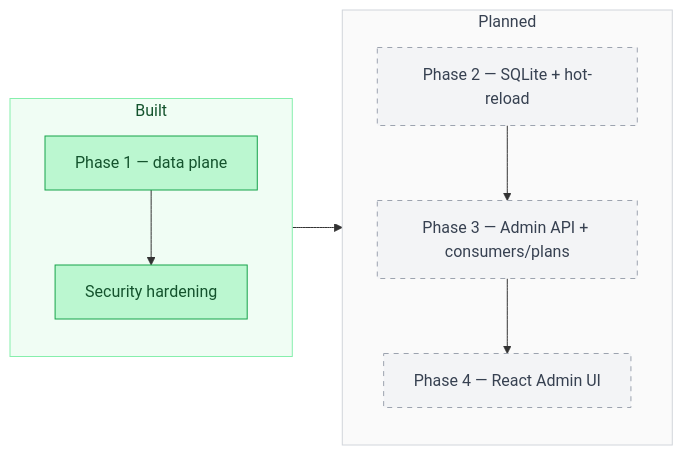
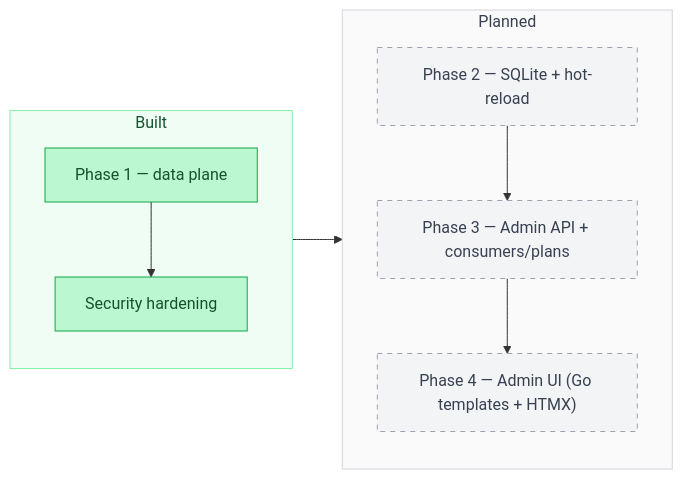
Diagram 16 of 16 in docs/architecture.md (mohabnazmy/API-Gateway), drawn with Mermaid before and after one commit. The commit also changed other lines of this file and 2 other files, not shown here.

First line of the commit message:
docs: admin UI is Go html/template + HTMX (not React)

````diff
--- a/docs/architecture.md
+++ b/docs/architecture.md
@@ -501,22 +501,22 @@
 ```mermaid
 flowchart LR
     subgraph done["Built"]
         direction TB
         p1["Phase 1 — data plane"]:::ok
         sec["Security hardening"]:::ok
         p1 --> sec
     end
     subgraph next["Planned"]
         direction TB
         p2["Phase 2 — SQLite + hot-reload"]:::planned
         p3["Phase 3 — Admin API + consumers/plans"]:::planned
-        p4["Phase 4 — React Admin UI"]:::planned
+        p4["Phase 4 — Admin UI (Go templates + HTMX)"]:::planned
         p2 --> p3 --> p4
     end
     sec --> p2
 
     classDef ok fill:#bbf7d0,stroke:#16a34a,color:#14532d;
     classDef planned fill:#f3f4f6,stroke:#9ca3af,color:#374151,stroke-dasharray:5 5;
     style done fill:#f0fdf4,stroke:#86efac,color:#14532d;
     style next fill:#fafafa,stroke:#d1d5db,color:#374151;
 ```
````
